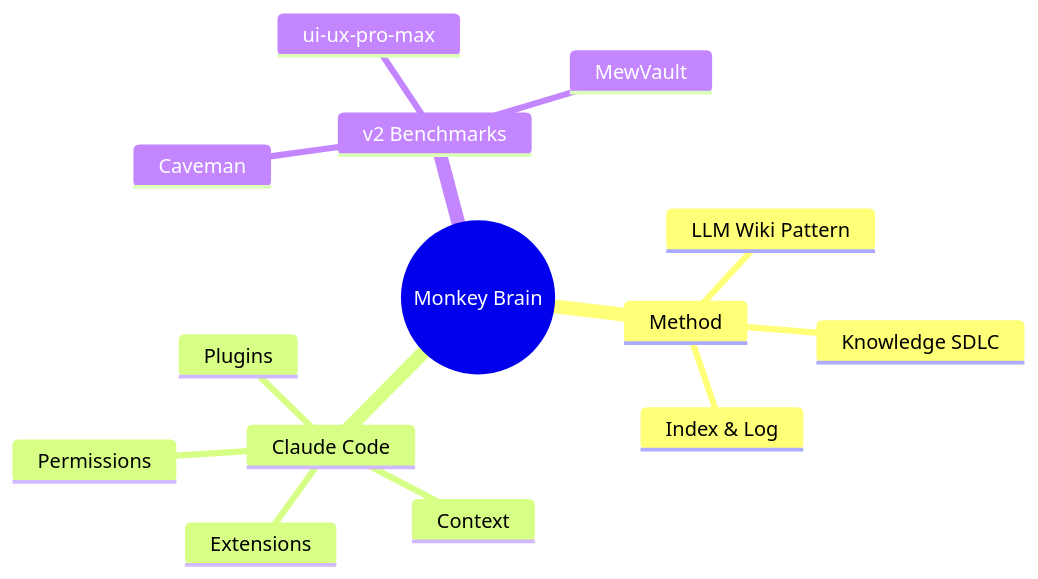
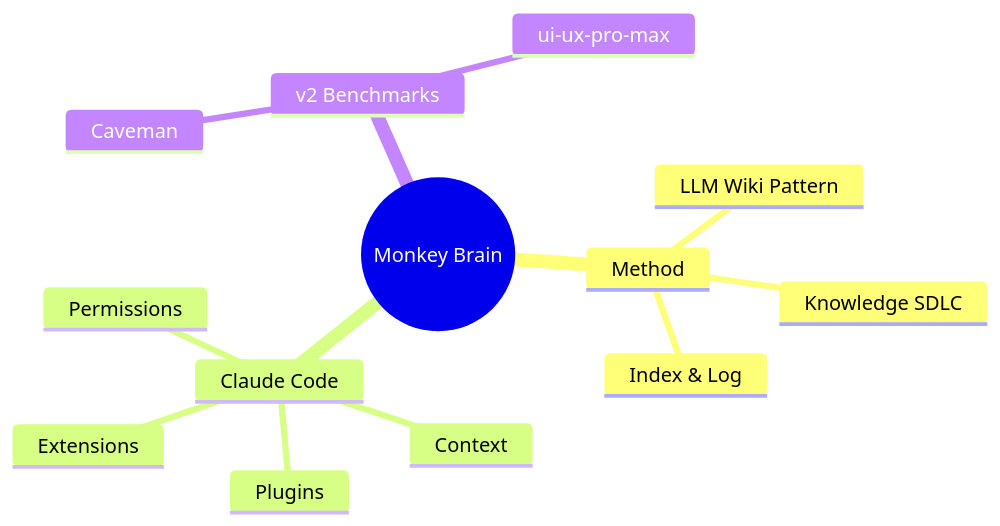
The diagram in examples/claude-code-brain/wiki/index.md (NeamulMorshed/The-Monkey-Brain), drawn with Mermaid before and after one commit. The commit also changed other lines of this file and 21 other files, not shown here.

````diff
--- a/examples/claude-code-brain/wiki/index.md
+++ b/examples/claude-code-brain/wiki/index.md
@@ -21,17 +21,16 @@
 ```mermaid
 mindmap
   root((Monkey Brain))
     Method
       LLM Wiki Pattern
       Knowledge SDLC
       Index & Log
     Claude Code
       Permissions
       Context
       Extensions
       Plugins
     v2 Benchmarks
       Caveman
-      MewVault
       ui-ux-pro-max
 ```
````
